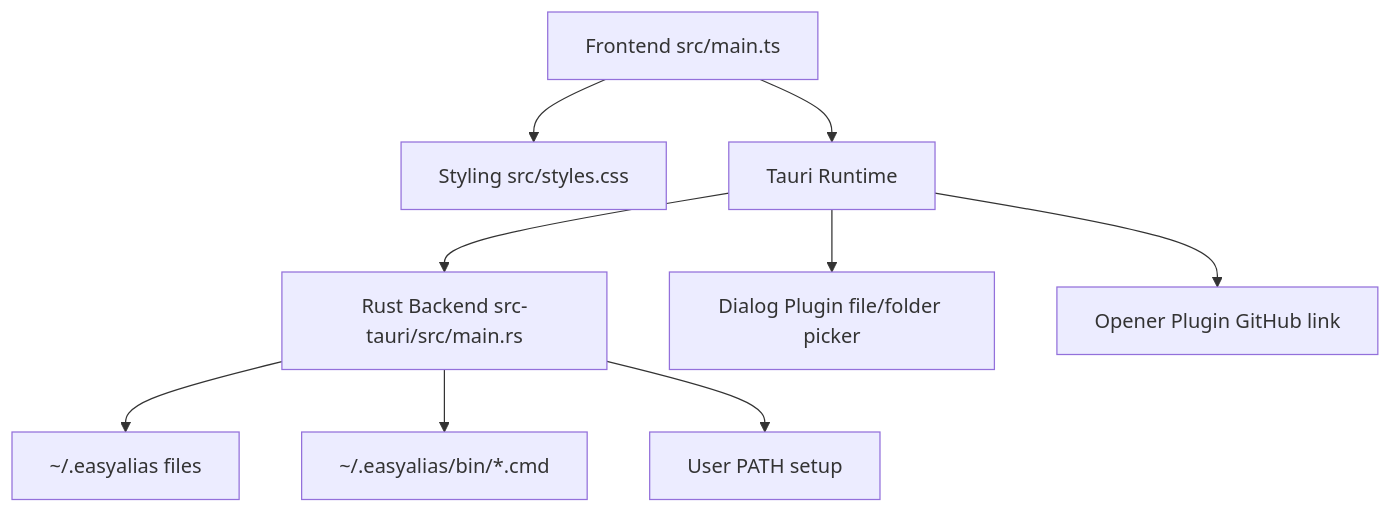
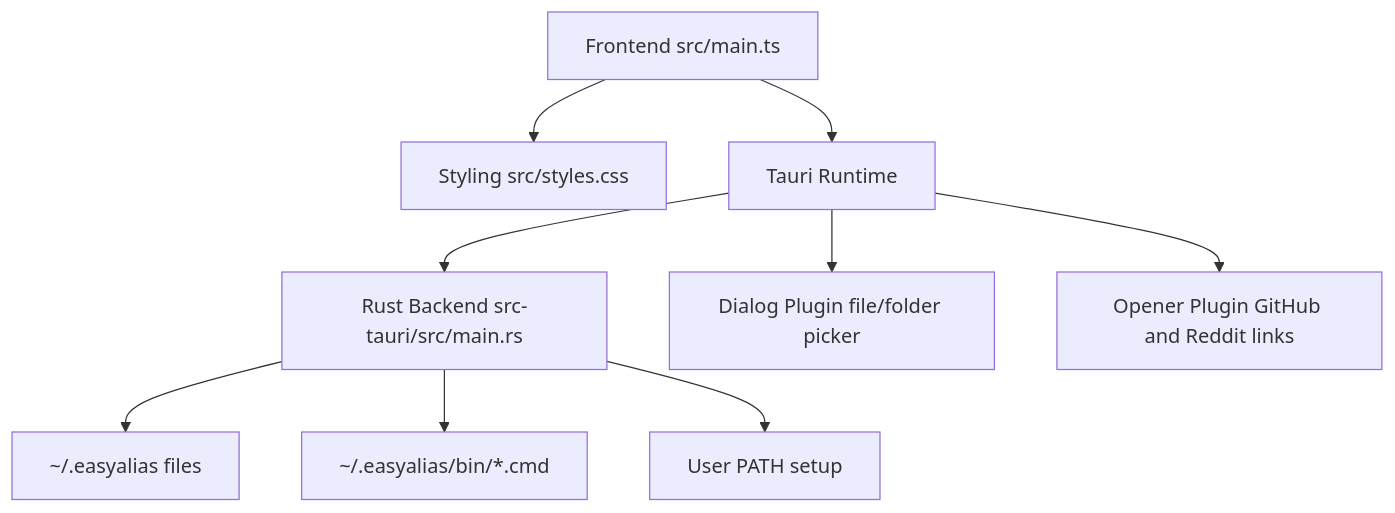
The first of 8 diagrams in windows_src/docs/ARCHITECTURE.md (hannesgnann-hub/easyalias), drawn with Mermaid before and after one commit. The commit also changed other lines of this file and 6 other files, not shown here.

````diff
--- a/windows_src/docs/ARCHITECTURE.md
+++ b/windows_src/docs/ARCHITECTURE.md
@@ -22,21 +22,21 @@
 ```mermaid
 flowchart TB
   UI["Frontend src/main.ts"]
   CSS["Styling src/styles.css"]
   Tauri["Tauri Runtime"]
   Rust["Rust Backend src-tauri/src/main.rs"]
   Dialog["Dialog Plugin file/folder picker"]
-  Opener["Opener Plugin GitHub link"]
+  Opener["Opener Plugin GitHub and Reddit links"]
   Files["~/.easyalias files"]
   Bin["~/.easyalias/bin/*.cmd"]
   Path["User PATH setup"]
 
   UI --> CSS
   UI --> Tauri
   Tauri --> Rust
   Tauri --> Dialog
   Tauri --> Opener
   Rust --> Files
   Rust --> Bin
   Rust --> Path
 ```
````
